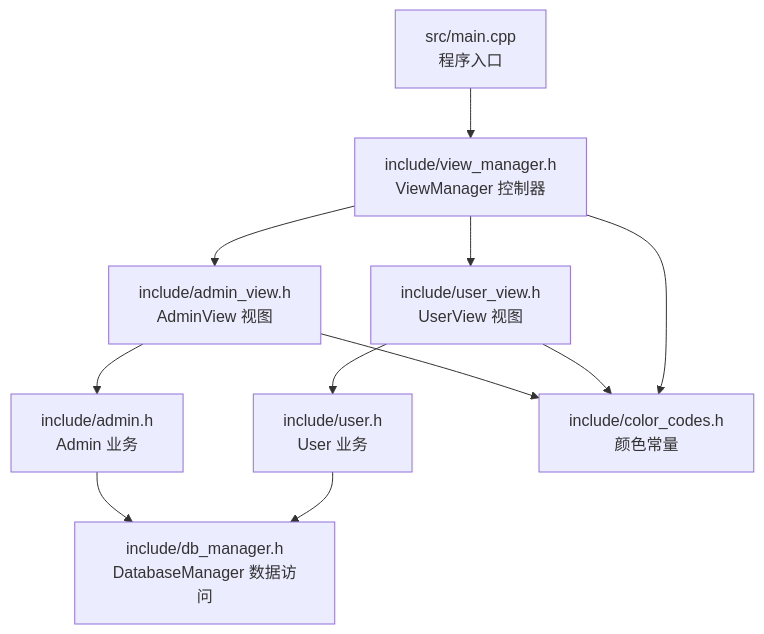
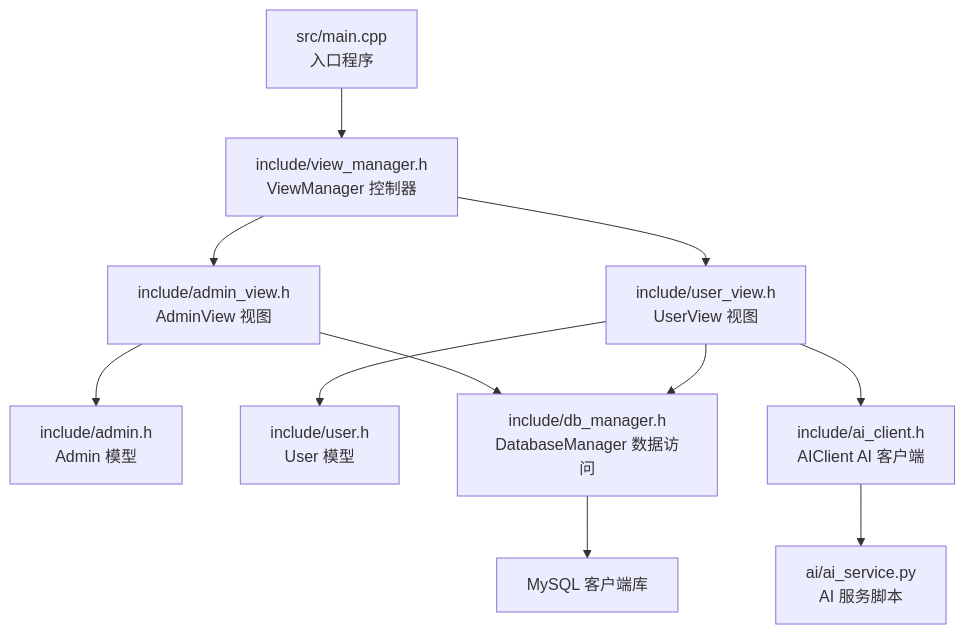
Before and after one commit to jinpeng900/OJ-Test: the first of 8 diagrams in .qoder/repowiki/zh/content/系统架构设计/系统架构设计.md, drawn with Mermaid. The commit also changed other lines of this file and 65 other files, not shown here.

````diff
--- a/.qoder/repowiki/zh/content/系统架构设计/系统架构设计.md
+++ b/.qoder/repowiki/zh/content/系统架构设计/系统架构设计.md
@@ -55,13 +47,13 @@
 ```mermaid
 graph TB
-A["src/main.cpp<br/>程序入口"] --> B["include/view_manager.h<br/>ViewManager 控制器"]
+A["src/main.cpp<br/>入口程序"] --> B["include/view_manager.h<br/>ViewManager 控制器"]
 B --> C["include/admin_view.h<br/>AdminView 视图"]
 B --> D["include/user_view.h<br/>UserView 视图"]
-C --> E["include/admin.h<br/>Admin 业务"]
-D --> F["include/user.h<br/>User 业务"]
-E --> G["include/db_manager.h<br/>DatabaseManager 数据访问"]
-F --> G
-C --> H["include/color_codes.h<br/>颜色常量"]
-D --> H
-B --> H
+C --> E["include/admin.h<br/>Admin 模型"]
+D --> F["include/user.h<br/>User 模型"]
+C --> G["include/db_manager.h<br/>DatabaseManager 数据访问"]
+D --> G
+D --> H["include/ai_client.h<br/>AIClient AI 客户端"]
+G --> I["MySQL 客户端库"]
+H --> J["ai/ai_service.py<br/>AI 服务脚本"]
 ```
````
